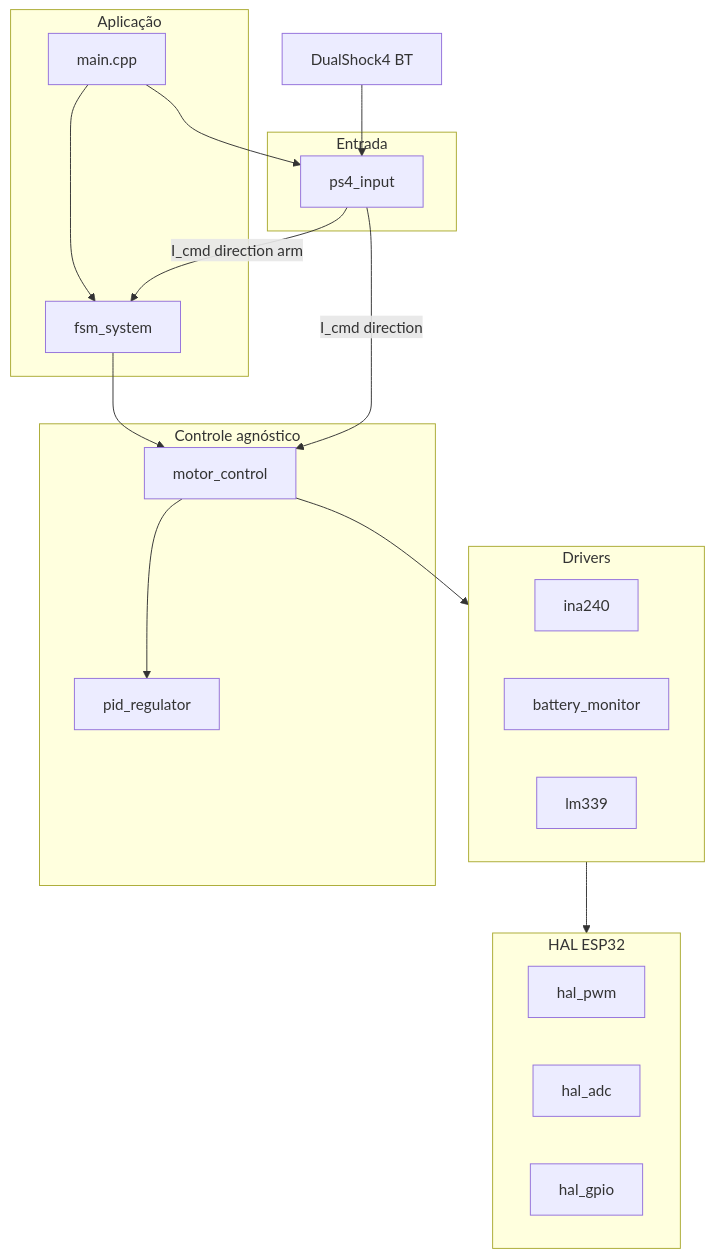
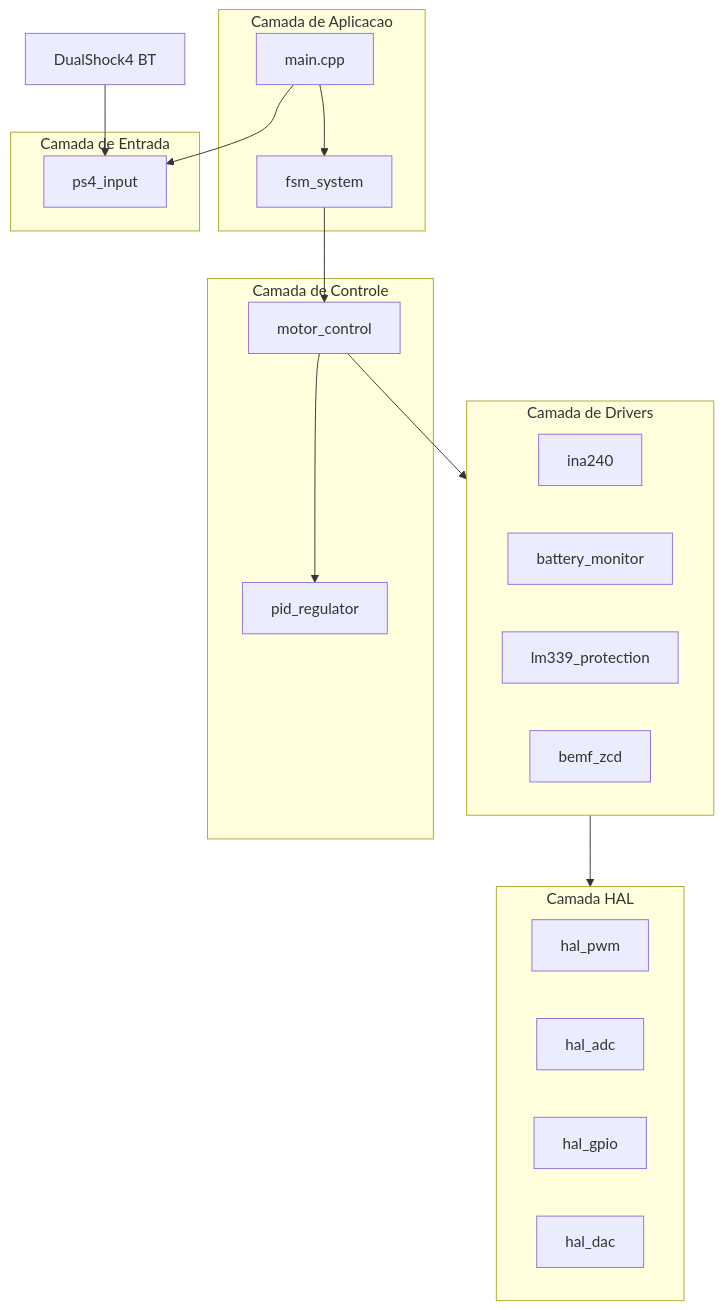
The first of 3 diagrams in Firmware/DOCUMENTACAO_PROGRAMACAO.md (enzolfernandes/esp32-bldc-esc), drawn with Mermaid before and after one commit. The commit also changed other lines of this file and 1 other file, not shown here.

````diff
--- a/Firmware/DOCUMENTACAO_PROGRAMACAO.md
+++ b/Firmware/DOCUMENTACAO_PROGRAMACAO.md
@@ -148,30 +43,33 @@
 ```mermaid
 flowchart TB
-    subgraph app [Aplicação]
-        MAIN[main.cpp]
+    subgraph aplicacao [Camada de Aplicacao]
+        Main[main.cpp]
         FSM[fsm_system]
     end
-    subgraph input [Entrada]
+    subgraph entrada [Camada de Entrada]
         PS4[ps4_input]
     end
-    subgraph ctrl [Controle agnóstico]
+    subgraph controle [Camada de Controle]
         MC[motor_control]
         PI[pid_regulator]
     end
-    subgraph drv [Drivers]
+    subgraph drivers [Camada de Drivers]
         INA[ina240]
         BAT[battery_monitor]
-        LM[lm339]
+        LM[lm339_protection]
+        ZCD[bemf_zcd]
     end
-    subgraph hal [HAL ESP32]
+    subgraph hal [Camada HAL]
         PWM[hal_pwm]
         ADC[hal_adc]
         GPIO[hal_gpio]
+        DAC[hal_dac]
     end
-    DS4[DualShock4 BT] --> PS4
-    MAIN --> FSM --> MC --> PI
-    MAIN --> PS4
-    PS4 -->|I_cmd direction arm| FSM
-    PS4 -->|I_cmd direction| MC
-    MC --> drv --> hal
+    PS4_BT[DualShock4 BT] --> PS4
+    Main --> FSM
+    Main --> PS4
+    FSM --> MC
+    MC --> PI
+    MC --> drivers
+    drivers --> hal
 ```
````
